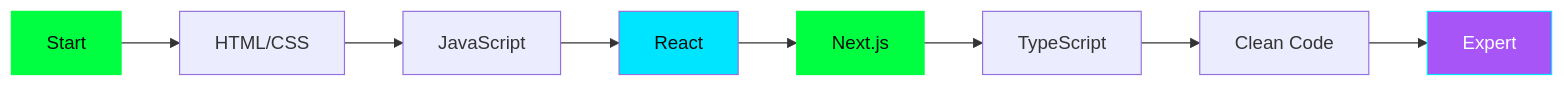
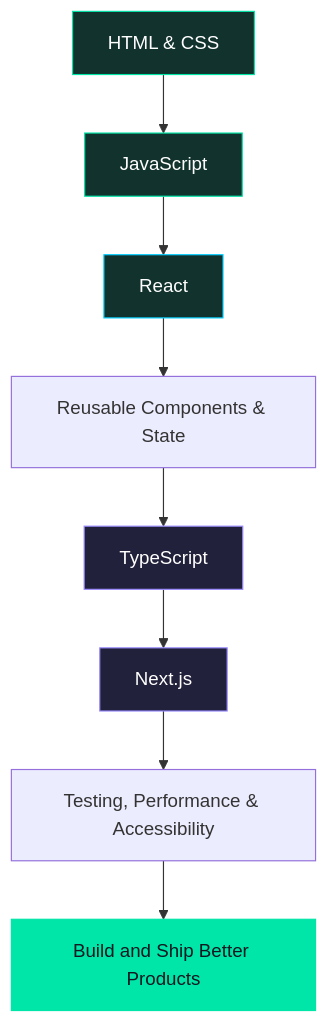
The diagram in README.md (ArmanGhM/ArmanGhM), drawn with Mermaid before and after one commit. The commit also changed other lines of this file, not shown here.

````diff
--- a/README.md
+++ b/README.md
@@ -324,14 +151,17 @@
 ```mermaid
-graph LR
-    A[Start] --> B[HTML/CSS]
-    B --> C[JavaScript]
-    C --> D[React]
-    D --> E[Next.js]
-    E --> F[TypeScript]
-    F --> G[Clean Code]
-    G --> H[Expert]
-    style A fill:#00ff41,color:#0a0e0a,stroke:#00ff41
-    style H fill:#a855f7,color:#fff,stroke:#00e5ff
-    style D fill:#00e5ff,color:#0a0e0a
-    style E fill:#00ff41,color:#0a0e0a,stroke:#00ff41
+flowchart TD
+    A[HTML & CSS] --> B[JavaScript]
+    B --> C[React]
+    C --> D[Reusable Components & State]
+    D --> E[TypeScript]
+    E --> F[Next.js]
+    F --> G[Testing, Performance & Accessibility]
+    G --> H[Build and Ship Better Products]
+
+    style A fill:#12332d,color:#ffffff,stroke:#00e5a8
+    style B fill:#12332d,color:#ffffff,stroke:#00e5a8
+    style C fill:#12332d,color:#ffffff,stroke:#00cfff
+    style E fill:#22213b,color:#ffffff,stroke:#9b8cff
+    style F fill:#22213b,color:#ffffff,stroke:#9b8cff
+    style H fill:#00e5a8,color:#101820,stroke:#00e5a8
 ```
````
